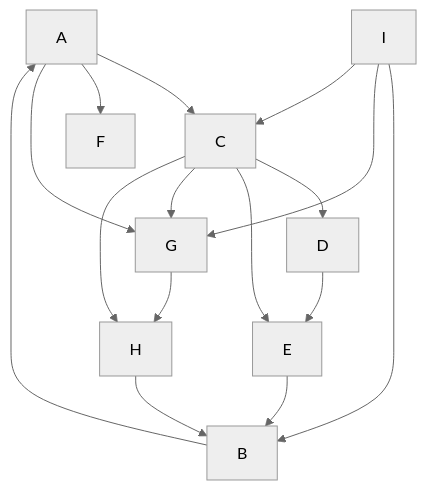
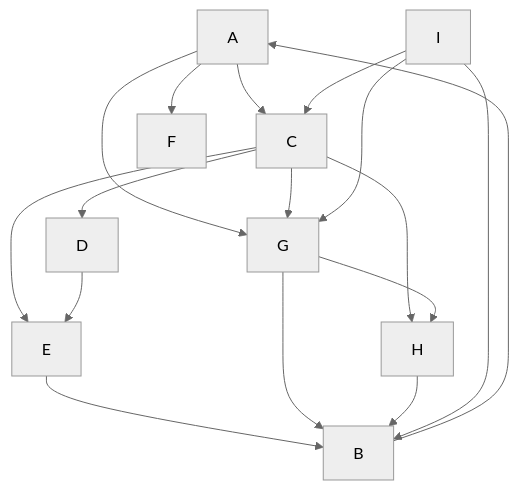
One commit to bfeitknecht/vault changed the diagram in vault/sem1/AuD/UE/U11/AuD_U11_bf.md. Above: the diagram before and after it, drawn with Mermaid (neutral theme). The commit also changed other lines of this file, not shown here.

Commit message:
vault backup: 2023-12-10 09:07:36 from MacBooc Pro
Affected files:
vault/sem1/AuD/UE/U11/AuD_U11_bf.md

````diff
--- a/vault/sem1/AuD/UE/U11/AuD_U11_bf.md
+++ b/vault/sem1/AuD/UE/U11/AuD_U11_bf.md
@@ -3,18 +3,20 @@
 ```mermaid
 graph TD;
 	A-->C;
 	A-->F;
 	A-->G;
 	B-->A;
 	C-->D;
 	C-->E;
 	C-->G;
 	C-->H;
 	D-->E;
 	E-->B;
+	F;
+	G-->B;
 	G-->H;
 	H-->B;
 	I-->B;
-	I-->G;
-	I-->C;	
+	I-->C;
+	I-->G;	
 ```
````
